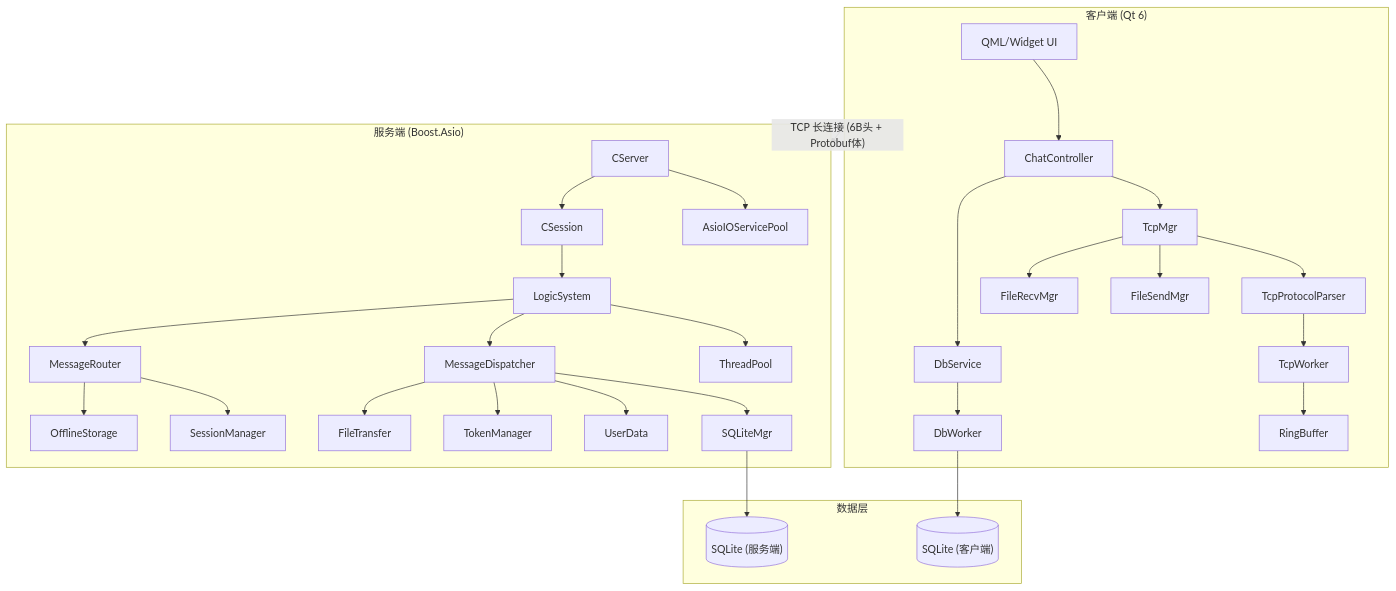
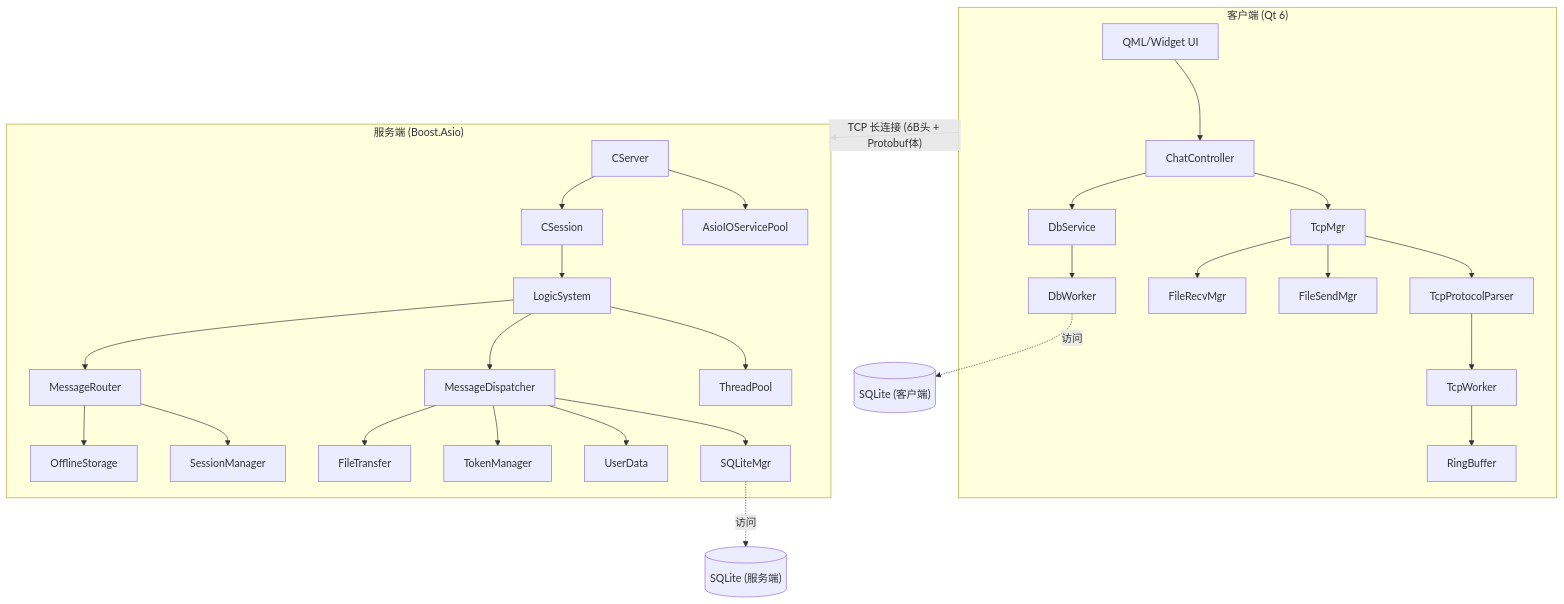
One commit to msrnnnnn/msrChat changed the diagram in README.md. Above: the diagram before and after it, drawn with Mermaid.

Commit message:
docs: fix Mermaid diagram - Storage subgraph rendering on GitHub
Replace nested Storage subgraph with standalone nodes and dashed
edges to fix cross-subgraph connection rendering issue.

````diff
--- a/README.md
+++ b/README.md
@@ -31,64 +31,59 @@
 ```mermaid
 graph TD
     subgraph Client["客户端 (Qt 6)"]
         UI["QML/Widget UI"]
         CC["ChatController"]
         TM["TcpMgr"]
         TPP["TcpProtocolParser"]
         TW["TcpWorker"]
         RB["RingBuffer"]
         FSM["FileSendMgr"]
         FRM["FileRecvMgr"]
         DS["DbService"]
         DW["DbWorker"]
 
         UI --> CC
         CC --> TM
         TM --> TPP
         TPP --> TW
         TW --> RB
         TM --> FSM
         TM --> FRM
         CC --> DS
         DS --> DW
     end
 
     subgraph Server["服务端 (Boost.Asio)"]
         CS["CServer"]
         ASIOP["AsioIOServicePool"]
         TP["ThreadPool"]
         S["CSession"]
         SM["SessionManager"]
         LS["LogicSystem"]
         MD["MessageDispatcher"]
         MR["MessageRouter"]
         DB["SQLiteMgr"]
         UD["UserData"]
         OS["OfflineStorage"]
         TMGR["TokenManager"]
         FT["FileTransfer"]
 
         CS --> ASIOP
         CS --> S
         S --> LS
         LS --> TP
         LS --> MD
         LS --> MR
         MR --> SM
         MR --> OS
         MD --> DB
         MD --> UD
         MD --> TMGR
         MD --> FT
     end
 
-    Client -- "TCP 长连接 (6B头 + Protobuf体)" --> Server
+    Client -->|"TCP 长连接 (6B头 + Protobuf体)"| Server
 
-    subgraph Storage["数据层"]
-        SQLiteS[("SQLite (服务端)")]
-        SQLiteC[("SQLite (客户端)")]
-
-        DB --> SQLiteS
-        DW --> SQLiteC
-    end
+    DB -.->|"访问"| SQLiteS[("SQLite (服务端)")]
+    DW -.->|"访问"| SQLiteC[("SQLite (客户端)")]
 ```
````
